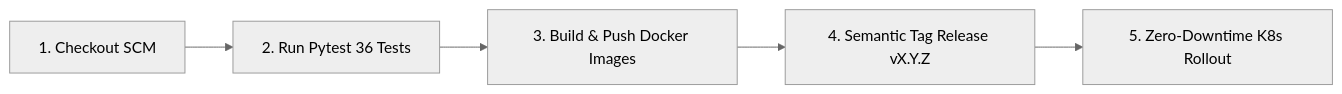
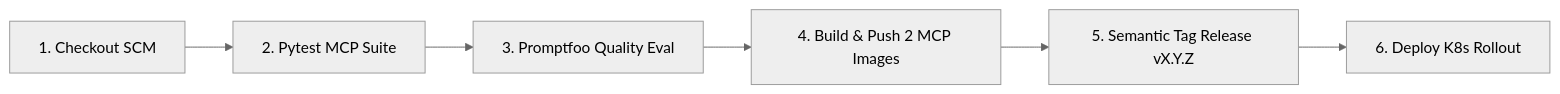
One commit to nhannhan2201/final_coursework changed the diagram in final_llm_agent/cicd/README.md. Above: the diagram before and after it, drawn with Mermaid (neutral theme). The commit also changed other lines of this file and 3 other files, not shown here.

Commit message:
docs: remove observability README, align cicd README with 6 stages and 2 MCP images

````diff
--- a/final_llm_agent/cicd/README.md
+++ b/final_llm_agent/cicd/README.md
@@ -130,7 +79,8 @@
 ```mermaid
 graph LR
-    A[1. Checkout SCM] --> B[2. Run Pytest 36 Tests]
-    B --> C[3. Build & Push Docker Images]
-    C --> D[4. Semantic Tag Release vX.Y.Z]
-    D --> E[5. Zero-Downtime K8s Rollout]
+    A[1. Checkout SCM] --> B[2. Pytest MCP Suite]
+    B --> C[3. Promptfoo Quality Eval]
+    C --> D[4. Build & Push 2 MCP Images]
+    D --> E[5. Semantic Tag Release vX.Y.Z]
+    E --> F[6. Deploy K8s Rollout]
 ```
````
